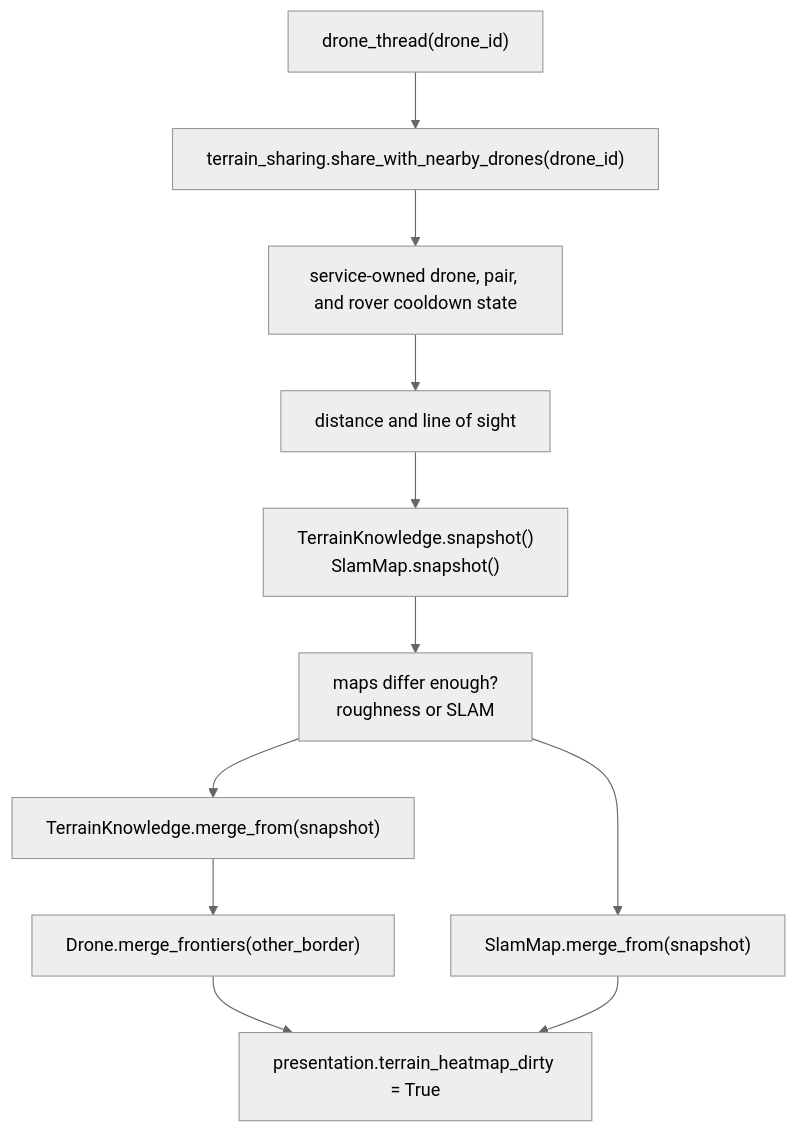
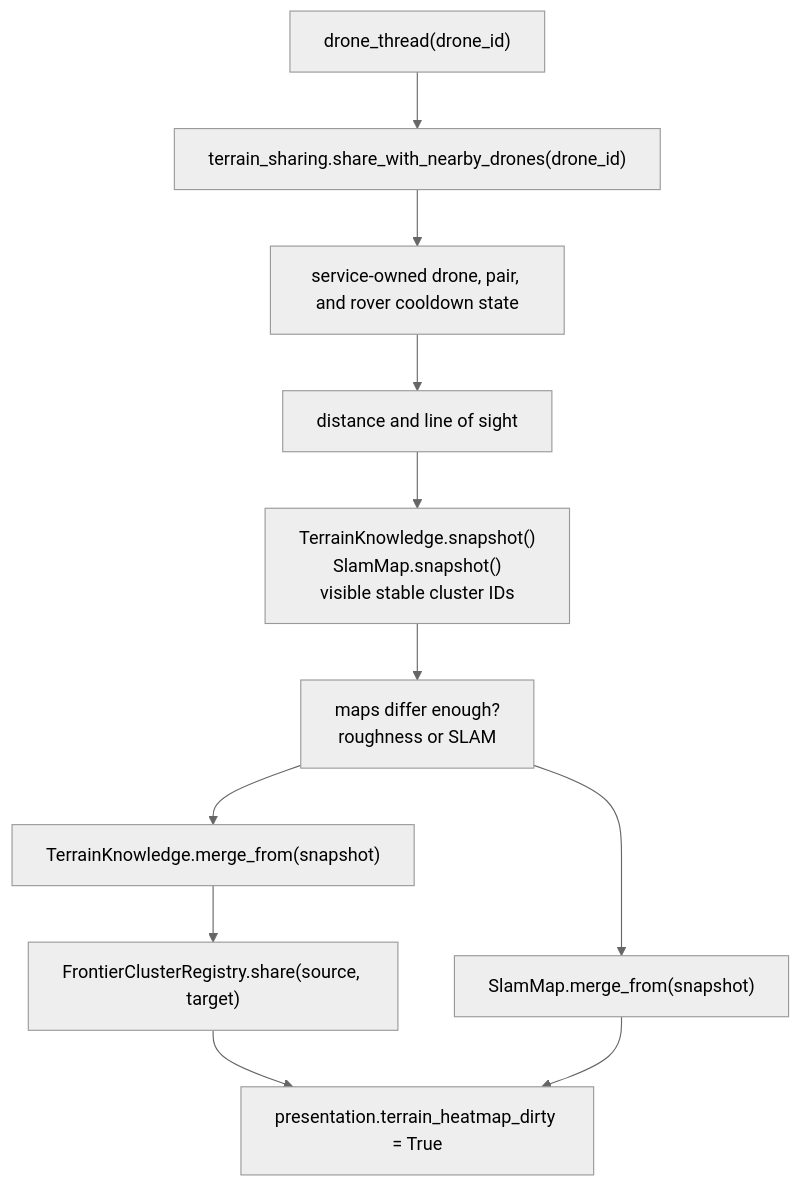
The ninth of 14 diagrams in docs/CODEFLOW.md (Gmark117/Cave_Game), drawn with Mermaid (neutral theme) before and after one commit. The commit also changed other lines of this file and 68 other files, not shown here.

````diff
--- a/docs/CODEFLOW.md
+++ b/docs/CODEFLOW.md
@@ -600,17 +656,17 @@
 ```mermaid
 flowchart TD
     DroneThread["drone_thread(drone_id)"]
     ShareDrones["terrain_sharing.share_with_nearby_drones(drone_id)"]
     Cooldown["service-owned drone, pair, and rover cooldown state"]
     Proximity["distance and line of sight"]
-    Snapshot["TerrainKnowledge.snapshot()<br/>SlamMap.snapshot()"]
+    Snapshot["TerrainKnowledge.snapshot()<br/>SlamMap.snapshot()<br/>visible stable cluster IDs"]
     Diff["maps differ enough?<br/>roughness or SLAM"]
     MergeTerrain["TerrainKnowledge.merge_from(snapshot)"]
-    MergeBorder["Drone.merge_frontiers(other_border)"]
+    ShareClusters["FrontierClusterRegistry.share(source, target)"]
     MergeSlam["SlamMap.merge_from(snapshot)"]
     Dirty["presentation.terrain_heatmap_dirty = True"]
 
     DroneThread --> ShareDrones --> Cooldown --> Proximity --> Snapshot --> Diff
-    Diff --> MergeTerrain --> MergeBorder --> Dirty
+    Diff --> MergeTerrain --> ShareClusters --> Dirty
     Diff --> MergeSlam --> Dirty
 ```
````
